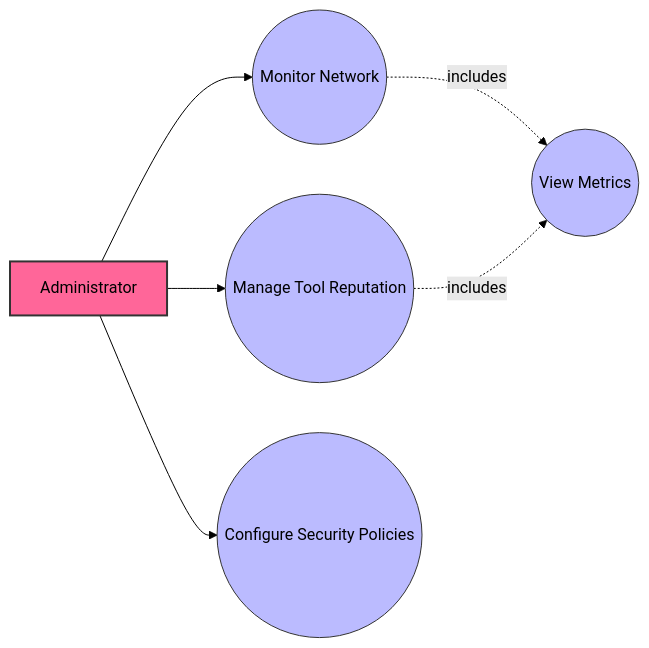
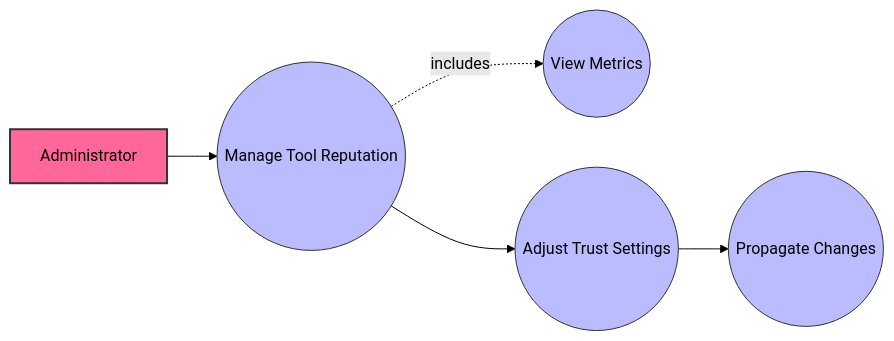
One commit to o2alexanderfedin/decentralized-mcp-registry changed diagram 13 of 16 in use-cases.md. Above: the diagram before and after it, drawn with Mermaid (forest theme). The commit also changed other lines of this file, not shown here.

Commit message:
Update use cases with comprehensive diagrams

````diff
--- a/use-cases.md
+++ b/use-cases.md
@@ -195,14 +317,13 @@
 ```mermaid
 graph LR
-    A[Administrator] --> UC1((Monitor Network))
-    A --> UC2((Manage Tool Reputation))
-    A --> UC3((Configure Security Policies))
-    UC1 -.includes.-> UC4((View Metrics))
-    UC2 -.includes.-> UC4
+    A[Administrator] --> UC1((Manage Tool Reputation))
+    UC1 -.includes.-> UC2((View Metrics))
+    UC1 --> UC3((Adjust Trust Settings))
+    UC3 --> UC4((Propagate Changes))
     
     style A fill:#f69,stroke:#333,stroke-width:2px
     style UC1 fill:#bbf,stroke:#333,stroke-width:1px
     style UC2 fill:#bbf,stroke:#333,stroke-width:1px
     style UC3 fill:#bbf,stroke:#333,stroke-width:1px
     style UC4 fill:#bbf,stroke:#333,stroke-width:1px
 ```
````
